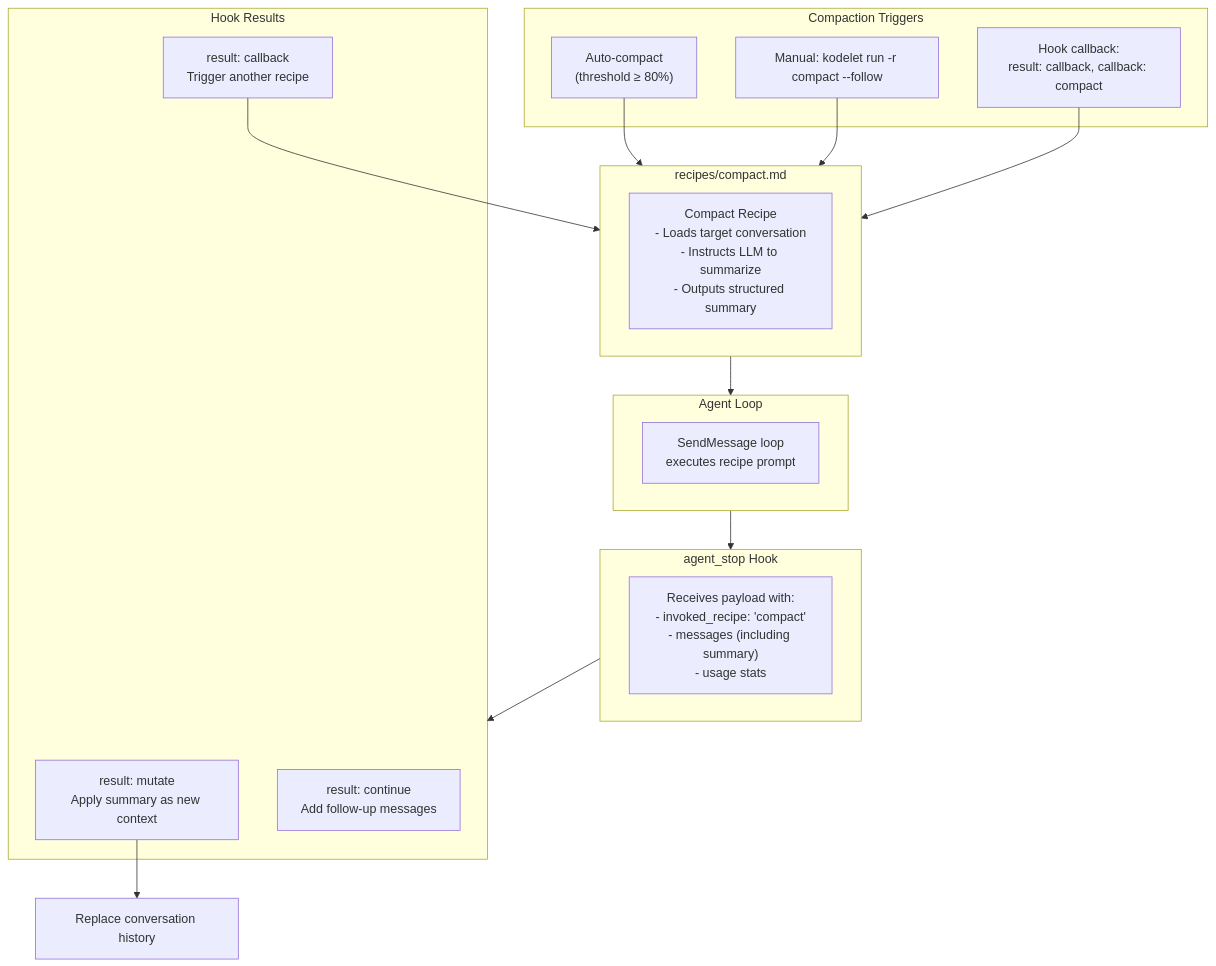
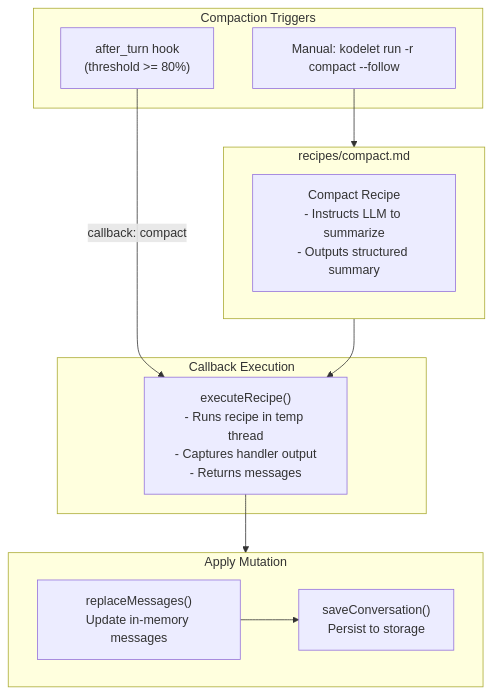
One commit to jingkaihe/kodelet changed the first of 3 diagrams in adrs/025-enhanced-hook-system.md. Above: the diagram before and after it, drawn with Mermaid. The commit also changed other lines of this file and 11 other files, not shown here.

Commit message:
docs: simplify enhanced hook system by removing cross-conversation mutations and redundant agent_stop coordination

````diff
--- a/adrs/025-enhanced-hook-system.md
+++ b/adrs/025-enhanced-hook-system.md
@@ -65,35 +65,26 @@
 ```mermaid
 flowchart TB
     subgraph Triggers["Compaction Triggers"]
-        T1["Auto-compact<br/>(threshold ≥ 80%)"]
+        T1["after_turn hook<br/>(threshold >= 80%)"]
         T2["Manual: kodelet run -r compact --follow"]
-        T3["Hook callback:<br/>result: callback, callback: compact"]
     end
 
     subgraph Recipe["recipes/compact.md"]
-        R["Compact Recipe<br/>- Loads target conversation<br/>- Instructs LLM to summarize<br/>- Outputs structured summary"]
+        R["Compact Recipe<br/>- Instructs LLM to summarize<br/>- Outputs structured summary"]
     end
 
-    subgraph AgentLoop["Agent Loop"]
-        AL["SendMessage loop<br/>executes recipe prompt"]
+    subgraph CallbackExec["Callback Execution"]
+        CE["executeRecipe()<br/>- Runs recipe in temp thread<br/>- Captures handler output<br/>- Returns messages"]
     end
 
-    subgraph Hook["agent_stop Hook"]
-        H["Receives payload with:<br/>- invoked_recipe: 'compact'<br/>- messages (including summary)<br/>- usage stats"]
+    subgraph Apply["Apply Mutation"]
+        A1["replaceMessages()<br/>Update in-memory messages"]
+        A2["saveConversation()<br/>Persist to storage"]
     end
 
-    subgraph Results["Hook Results"]
-        R1["result: mutate<br/>Apply summary as new context"]
-        R2["result: callback<br/>Trigger another recipe"]
-        R3["result: continue<br/>Add follow-up messages"]
-    end
-
-    T1 --> Recipe
+    T1 -->|"callback: compact"| CE
     T2 --> Recipe
-    T3 --> Recipe
-    Recipe --> AgentLoop
-    AgentLoop --> Hook
-    Hook --> Results
-    R1 --> Apply["Replace conversation history"]
-    R2 --> Recipe
+    Recipe --> CE
+    CE --> Apply
+    A1 --> A2
 ```
````
